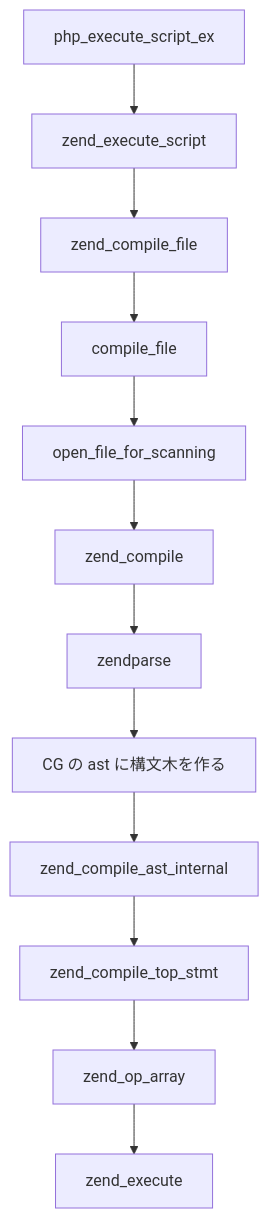
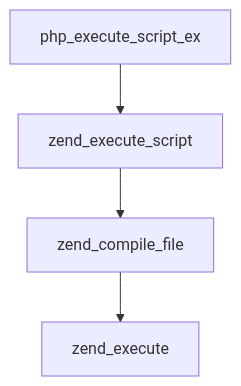
One commit to 1u991yu24k1/my-agent-skills changed the diagram in .apm/skills/clear-japanese/references/bad_statements.md. Above: the diagram before and after it, drawn with Mermaid. The commit also changed other lines of this file and 7 other files, not shown here.

````diff
--- a/.apm/skills/clear-japanese/references/bad_statements.md
+++ b/.apm/skills/clear-japanese/references/bad_statements.md
@@ -165,14 +147,6 @@
 ```mermaid
 flowchart TD
     A[php_execute_script_ex] --> B[zend_execute_script]
     B --> C[zend_compile_file]
-    C --> D[compile_file]
-    D --> E[open_file_for_scanning]
-    E --> F[zend_compile]
-    F --> G[zendparse]
-    G --> H[CG の ast に構文木を作る]
-    H --> I[zend_compile_ast_internal]
-    I --> J[zend_compile_top_stmt]
-    J --> K[zend_op_array]
-    K --> L[zend_execute]
+    C --> D[zend_execute]
 ```
````
